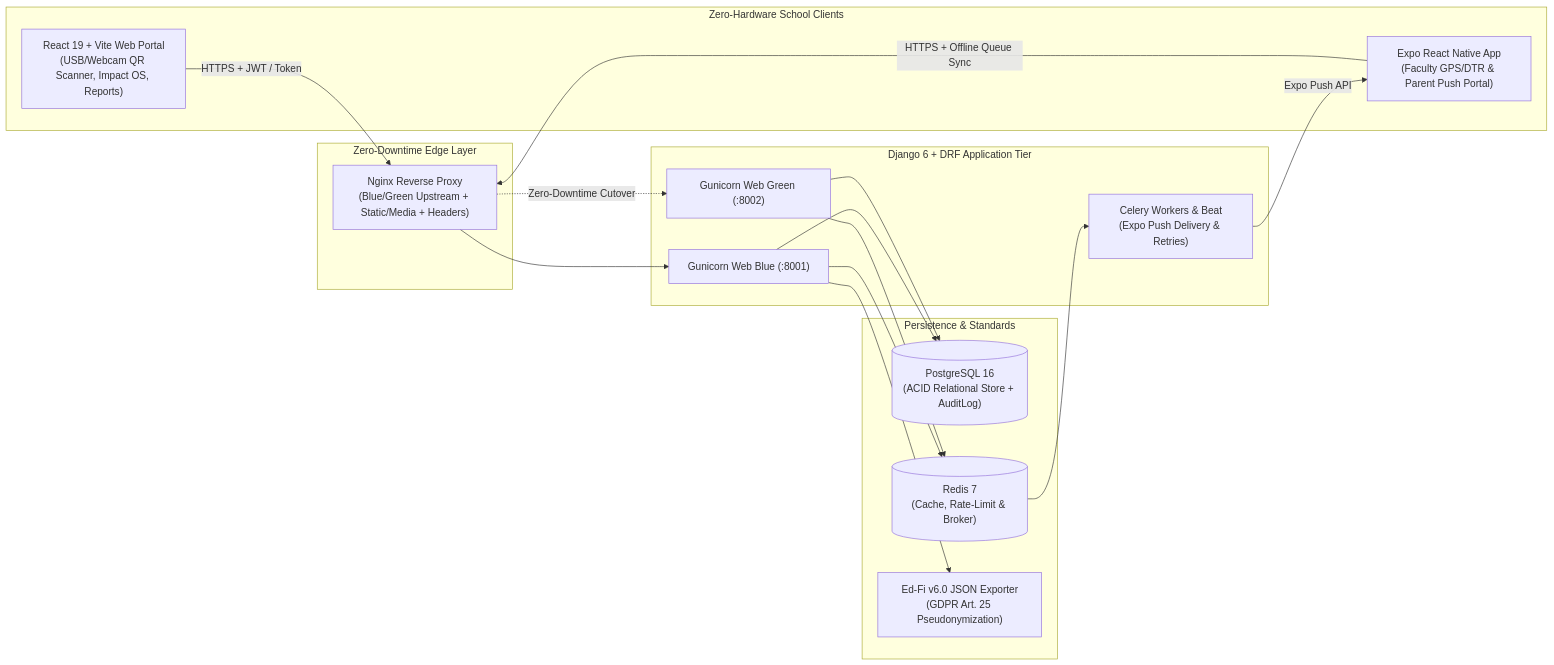
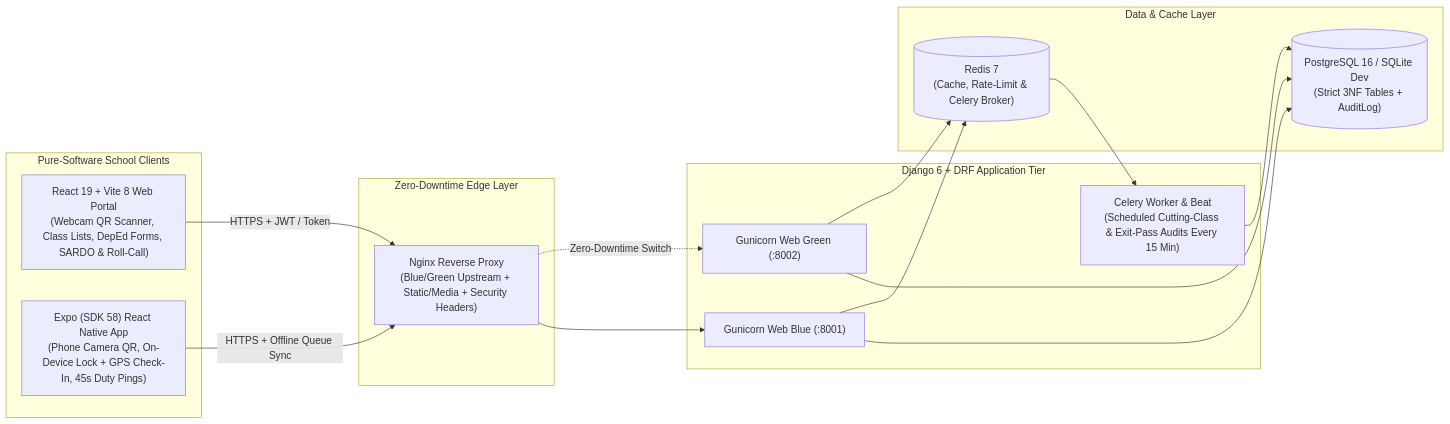
The diagram in docs/ARCHITECTURE_AND_SECURITY.md (domoramsy1/AttendSure_v3), drawn with Mermaid before and after one commit. The commit also changed other lines of this file and 269 other files, not shown here.

````diff
--- a/docs/ARCHITECTURE_AND_SECURITY.md
+++ b/docs/ARCHITECTURE_AND_SECURITY.md
@@ -5,35 +9,33 @@
 ```mermaid
 flowchart LR
-    subgraph Clients["Zero-Hardware School Clients"]
-        Web["React 19 + Vite Web Portal\n(USB/Webcam QR Scanner, Impact OS, Reports)"]
-        Mobile["Expo React Native App\n(Faculty GPS/DTR & Parent Push Portal)"]
+    subgraph Clients["Pure-Software School Clients"]
+        Web["React 19 + Vite 8 Web Portal\n(Webcam QR Scanner, Class Lists, DepEd Forms, SARDO & Roll-Call)"]
+        Mobile["Expo (SDK 58) React Native App\n(Phone Camera QR, On-Device Lock + GPS Check-In, 45s Duty Pings)"]
     end
 
     subgraph Edge["Zero-Downtime Edge Layer"]
-        Nginx["Nginx Reverse Proxy\n(Blue/Green Upstream + Static/Media + Headers)"]
+        Nginx["Nginx Reverse Proxy\n(Blue/Green Upstream + Static/Media + Security Headers)"]
     end
 
     subgraph Core["Django 6 + DRF Application Tier"]
         Blue["Gunicorn Web Blue (:8001)"]
         Green["Gunicorn Web Green (:8002)"]
-        Celery["Celery Workers & Beat\n(Expo Push Delivery & Retries)"]
+        Celery["Celery Worker & Beat\n(Scheduled Cutting-Class & Exit-Pass Audits Every 15 Min)"]
     end
 
-    subgraph Data["Persistence & Standards"]
-        PG[("PostgreSQL 16\n(ACID Relational Store + AuditLog)")]
-        Redis[("Redis 7\n(Cache, Rate-Limit & Broker)")]
-        EdFi["Ed-Fi v6.0 JSON Exporter\n(GDPR Art. 25 Pseudonymization)"]
+    subgraph Data["Data & Cache Layer"]
+        PG[("PostgreSQL 16 / SQLite Dev\n(Strict 3NF Tables + AuditLog)")]
+        Redis[("Redis 7\n(Cache, Rate-Limit & Celery Broker)")]
     end
 
     Web -->|HTTPS + JWT / Token| Nginx
     Mobile -->|HTTPS + Offline Queue Sync| Nginx
     Nginx --> Blue
-    Nginx -.->|Zero-Downtime Cutover| Green
+    Nginx -.->|Zero-Downtime Switch| Green
     Blue --> PG
     Blue --> Redis
     Green --> PG
     Green --> Redis
     Redis --> Celery
-    Celery -->|Expo Push API| Mobile
-    Blue --> EdFi
+    Celery --> PG
 ```
````
